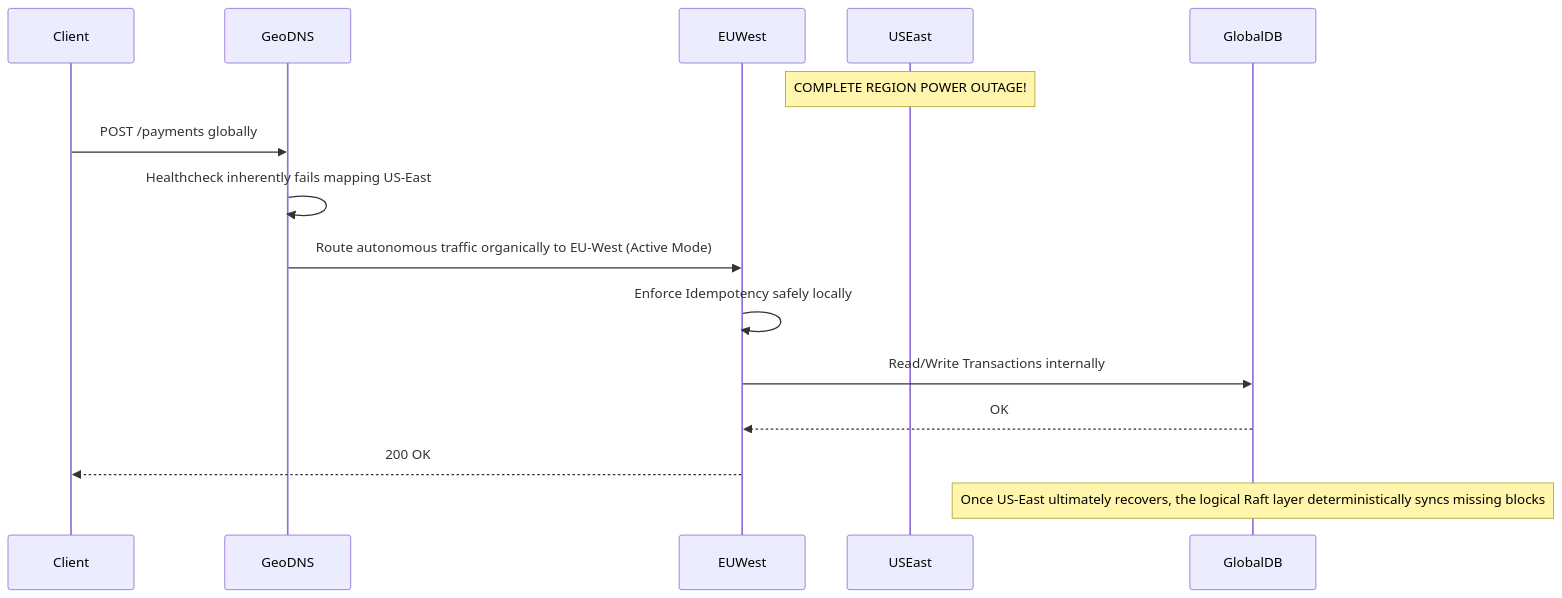
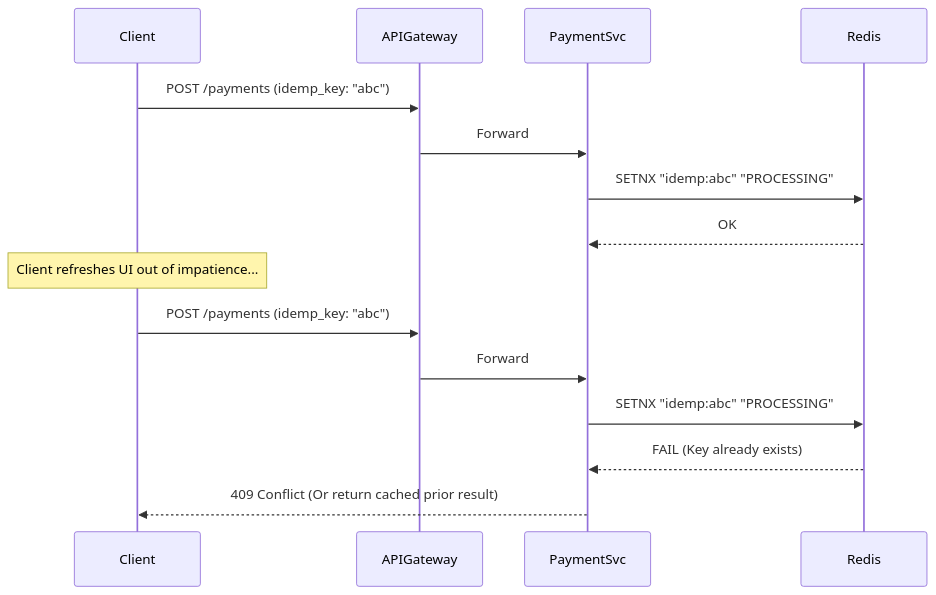
Before and after one commit to utm-git/payment-orchestration-system: the third of 4 diagrams in SYSTEM_DESIGN.md, drawn with Mermaid. The commit also changed other lines of this file, not shown here.

Commit message:
Docs: Append Phase 3 Architectural Evolutions additively without rewriting

````diff
--- a/SYSTEM_DESIGN.md
+++ b/SYSTEM_DESIGN.md
@@ -80,18 +168,19 @@
 ```mermaid
 sequenceDiagram
     participant Client
-    participant GeoDNS
-    participant EUWest
-    participant USEast
-    participant GlobalDB
+    participant APIGateway
+    participant PaymentSvc
+    participant Redis
 
-    Note over USEast: COMPLETE REGION POWER OUTAGE!
-    Client->>GeoDNS: POST /payments globally
-    GeoDNS->>GeoDNS: Healthcheck inherently fails mapping US-East
-    GeoDNS->>EUWest: Route autonomous traffic organically to EU-West (Active Mode)
-    EUWest->>EUWest: Enforce Idempotency safely locally
-    EUWest->>GlobalDB: Read/Write Transactions internally
-    GlobalDB-->>EUWest: OK
-    EUWest-->>Client: 200 OK
-    Note over GlobalDB: Once US-East ultimately recovers, the logical Raft layer deterministically syncs missing blocks
+    Client->>APIGateway: POST /payments (idemp_key: "abc")
+    APIGateway->>PaymentSvc: Forward
+    PaymentSvc->>Redis: SETNX "idemp:abc" "PROCESSING"
+    Redis-->>PaymentSvc: OK
+    
+    Note over Client: Client refreshes UI out of impatience...
+    Client->>APIGateway: POST /payments (idemp_key: "abc")
+    APIGateway->>PaymentSvc: Forward
+    PaymentSvc->>Redis: SETNX "idemp:abc" "PROCESSING"
+    Redis-->>PaymentSvc: FAIL (Key already exists)
+    PaymentSvc-->>Client: 409 Conflict (Or return cached prior result)
 ```
````
